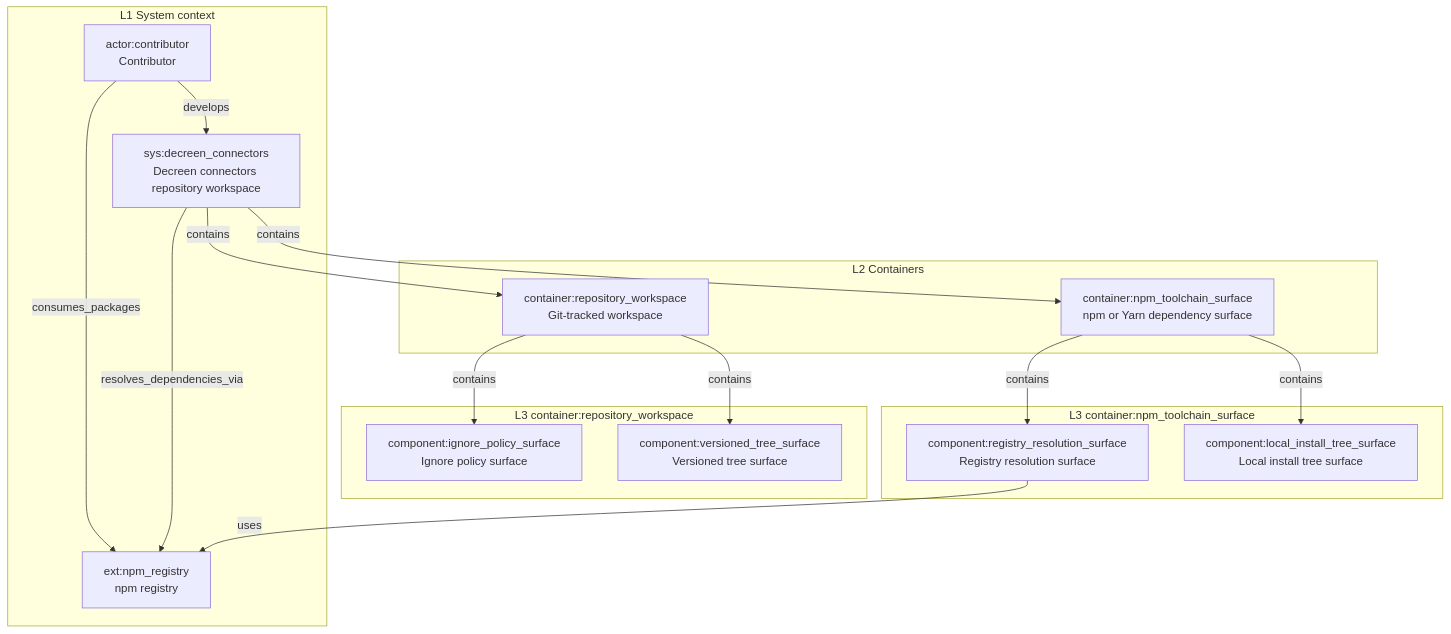
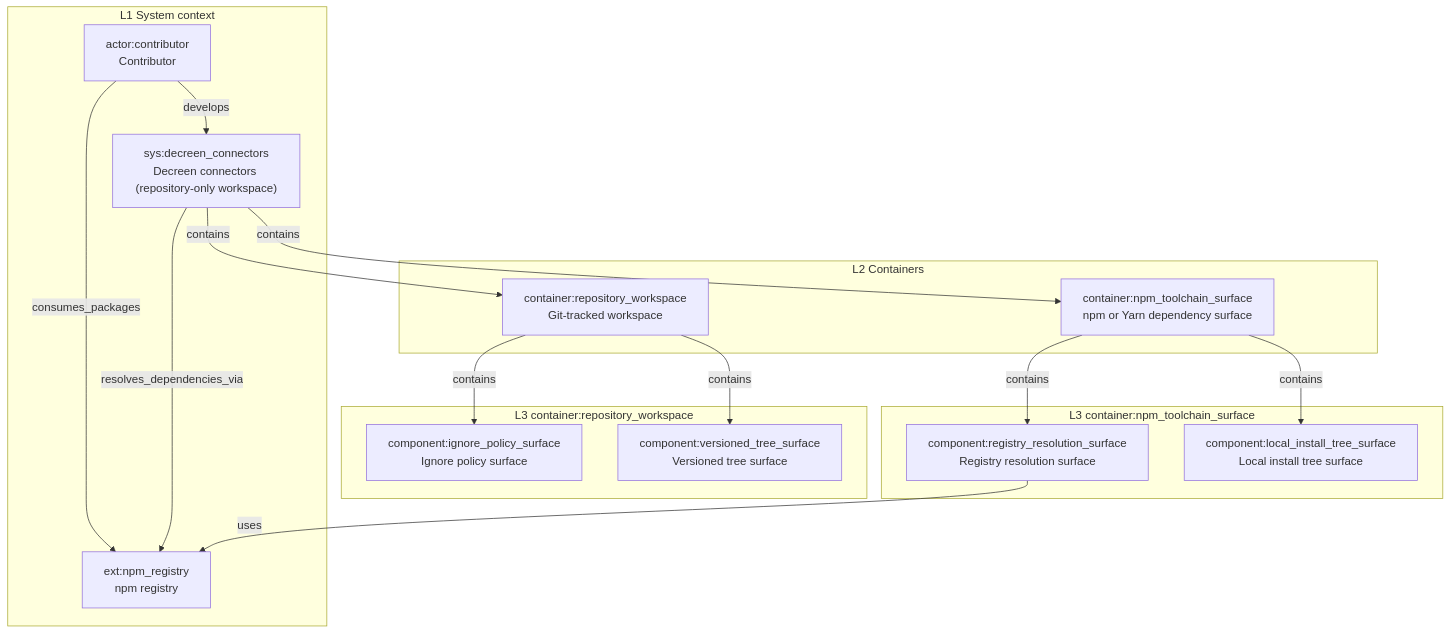
Before and after one commit to Decreen/decreen-connectors: the diagram in docs/c4-live.mermaid.md, drawn with Mermaid. The commit also changed 3 other files, not shown here.

Commit message:
feat(c4): Pass 4 final architecture projection from event stream

````diff
--- a/docs/c4-live.mermaid.md
+++ b/docs/c4-live.mermaid.md
@@ -3,30 +3,30 @@
 ```mermaid
 flowchart TB
   subgraph L1["L1 System context"]
     actor_contributor["actor:contributor<br/>Contributor"]
     ext_npm["ext:npm_registry<br/>npm registry"]
-    sys_dc["sys:decreen_connectors<br/>Decreen connectors repository workspace"]
+    sys_dc["sys:decreen_connectors<br/>Decreen connectors (repository-only workspace)"]
   end
   subgraph L2["L2 Containers"]
     c_repo["container:repository_workspace<br/>Git-tracked workspace"]
     c_npm["container:npm_toolchain_surface<br/>npm or Yarn dependency surface"]
   end
   subgraph L3_repo["L3 container:repository_workspace"]
     comp_ign["component:ignore_policy_surface<br/>Ignore policy surface"]
     comp_tree["component:versioned_tree_surface<br/>Versioned tree surface"]
   end
   subgraph L3_npm["L3 container:npm_toolchain_surface"]
     comp_reg["component:registry_resolution_surface<br/>Registry resolution surface"]
     comp_local["component:local_install_tree_surface<br/>Local install tree surface"]
   end
   actor_contributor -->|"consumes_packages"| ext_npm
   actor_contributor -->|"develops"| sys_dc
   sys_dc -->|"resolves_dependencies_via"| ext_npm
   sys_dc -->|"contains"| c_repo
   sys_dc -->|"contains"| c_npm
   c_repo -->|"contains"| comp_ign
   c_repo -->|"contains"| comp_tree
   c_npm -->|"contains"| comp_reg
   c_npm -->|"contains"| comp_local
   comp_reg -->|"uses"| ext_npm
 ```
````
